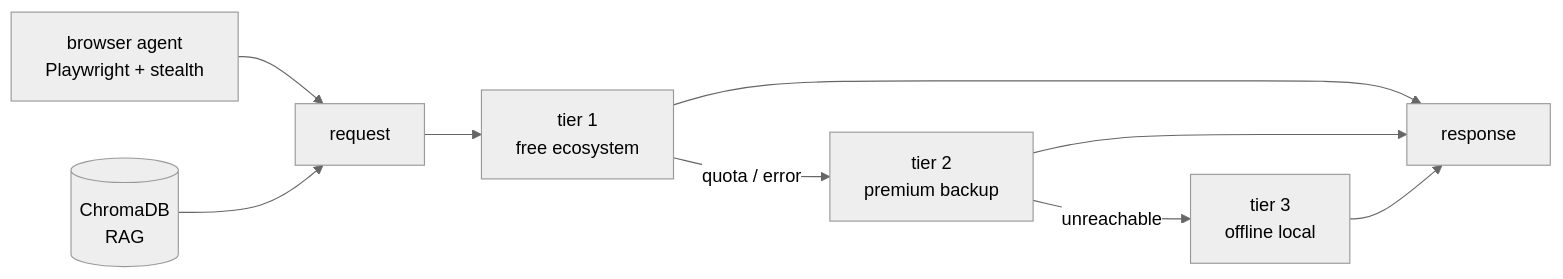
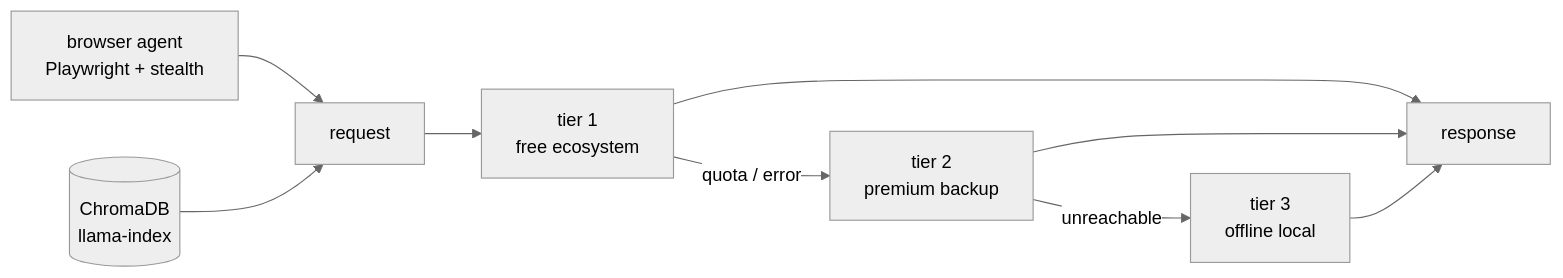
Before and after one commit to PravAl2028/PravAl2028: the third of 3 diagrams in README.md, drawn with Mermaid (neutral theme). The commit also changed other lines of this file and 2 other files, not shown here.

````diff
--- a/README.md
+++ b/README.md
@@ -116,11 +154,11 @@
 ```mermaid
 flowchart LR
     Q["request"] --> T1["tier 1<br/>free ecosystem"]
     T1 -->|"quota / error"| T2["tier 2<br/>premium backup"]
     T2 -->|"unreachable"| T3["tier 3<br/>offline local"]
     T1 --> OUT["response"]
     T2 --> OUT
     T3 --> OUT
     AG["browser agent<br/>Playwright + stealth"] --> Q
-    RAG[("ChromaDB<br/>RAG")] --> Q
+    RAG[("ChromaDB<br/>llama-index")] --> Q
 ```
````
